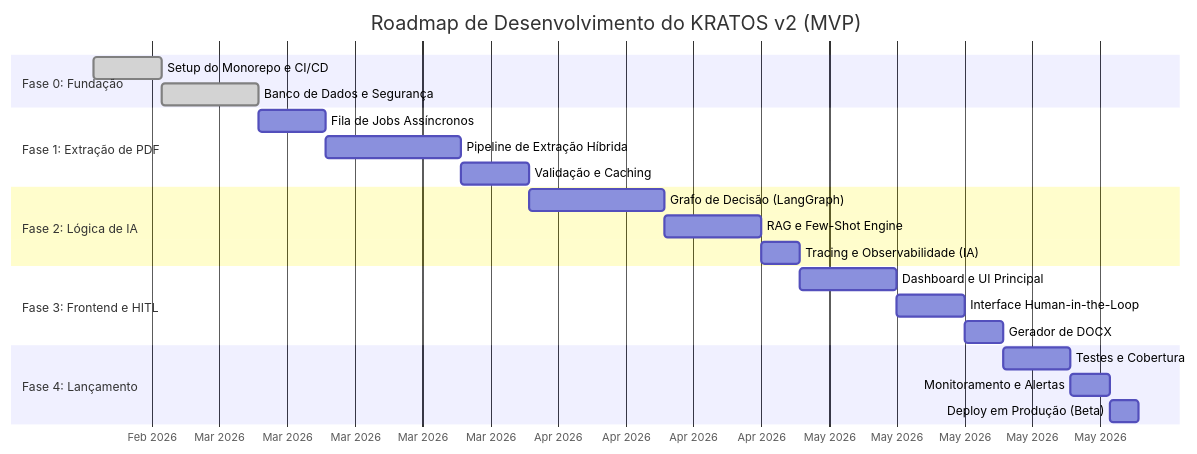
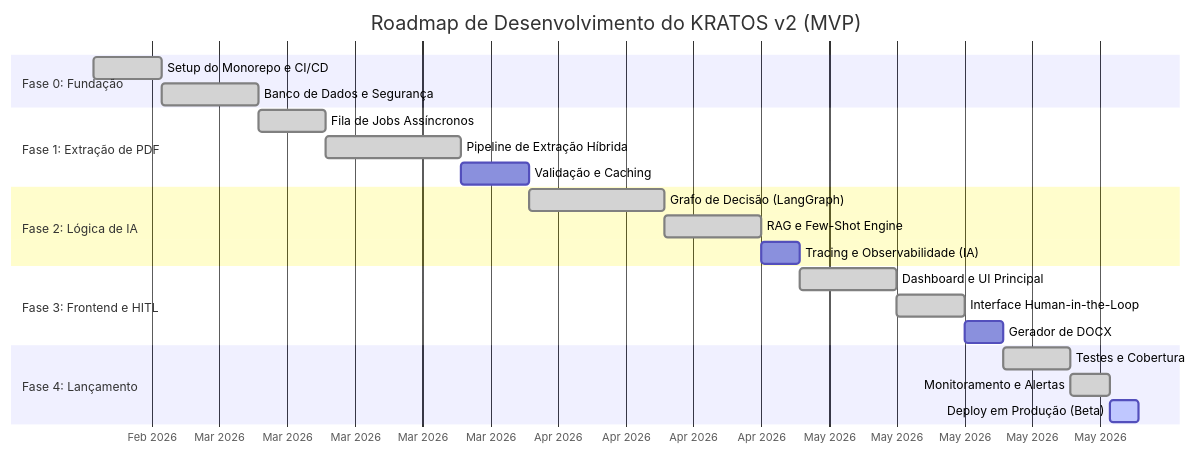
The diagram in docs/ROADMAP.md (fbmoulin/kratos-v2), drawn with Mermaid before and after one commit. The commit also changed 6 other files, not shown here.

````diff
--- a/docs/ROADMAP.md
+++ b/docs/ROADMAP.md
@@ -11,30 +11,30 @@
 ```mermaid
 gantt
     title Roadmap de Desenvolvimento do KRATOS v2 (MVP)
     dateFormat  YYYY-MM-DD
     axisFormat %b %Y
 
     section Fase 0: Fundação
     Setup do Monorepo e CI/CD :done, p0, 2026-02-16, 7d
     Banco de Dados e Segurança :done, p0_db, after p0, 10d
 
     section Fase 1: Extração de PDF
-    Fila de Jobs Assíncronos :p1_jobs, after p0_db, 7d
-    Pipeline de Extração Híbrida :p1_pipe, after p1_jobs, 14d
+    Fila de Jobs Assíncronos :done, p1_jobs, after p0_db, 7d
+    Pipeline de Extração Híbrida :done, p1_pipe, after p1_jobs, 14d
     Validação e Caching :p1_cache, after p1_pipe, 7d
 
     section Fase 2: Lógica de IA
-    Grafo de Decisão (LangGraph) :p2_graph, after p1_cache, 14d
-    RAG e Few-Shot Engine :p2_rag, after p2_graph, 10d
+    Grafo de Decisão (LangGraph) :done, p2_graph, after p1_cache, 14d
+    RAG e Few-Shot Engine :done, p2_rag, after p2_graph, 10d
     Tracing e Observabilidade (IA) :p2_trace, after p2_rag, 4d
 
     section Fase 3: Frontend e HITL
-    Dashboard e UI Principal :p3_ui, after p2_trace, 10d
-    Interface Human-in-the-Loop :p3_hitl, after p3_ui, 7d
+    Dashboard e UI Principal :done, p3_ui, after p2_trace, 10d
+    Interface Human-in-the-Loop :done, p3_hitl, after p3_ui, 7d
     Gerador de DOCX :p3_docx, after p3_hitl, 4d
 
     section Fase 4: Lançamento
-    Testes e Cobertura :p4_tests, after p3_docx, 7d
-    Monitoramento e Alertas :p4_mon, after p4_tests, 4d
-    Deploy em Produção (Beta) :p4_deploy, after p4_mon, 3d
+    Testes e Cobertura :done, p4_tests, after p3_docx, 7d
+    Monitoramento e Alertas :done, p4_mon, after p4_tests, 4d
+    Deploy em Produção (Beta) :active, p4_deploy, after p4_mon, 3d
 ```
````
